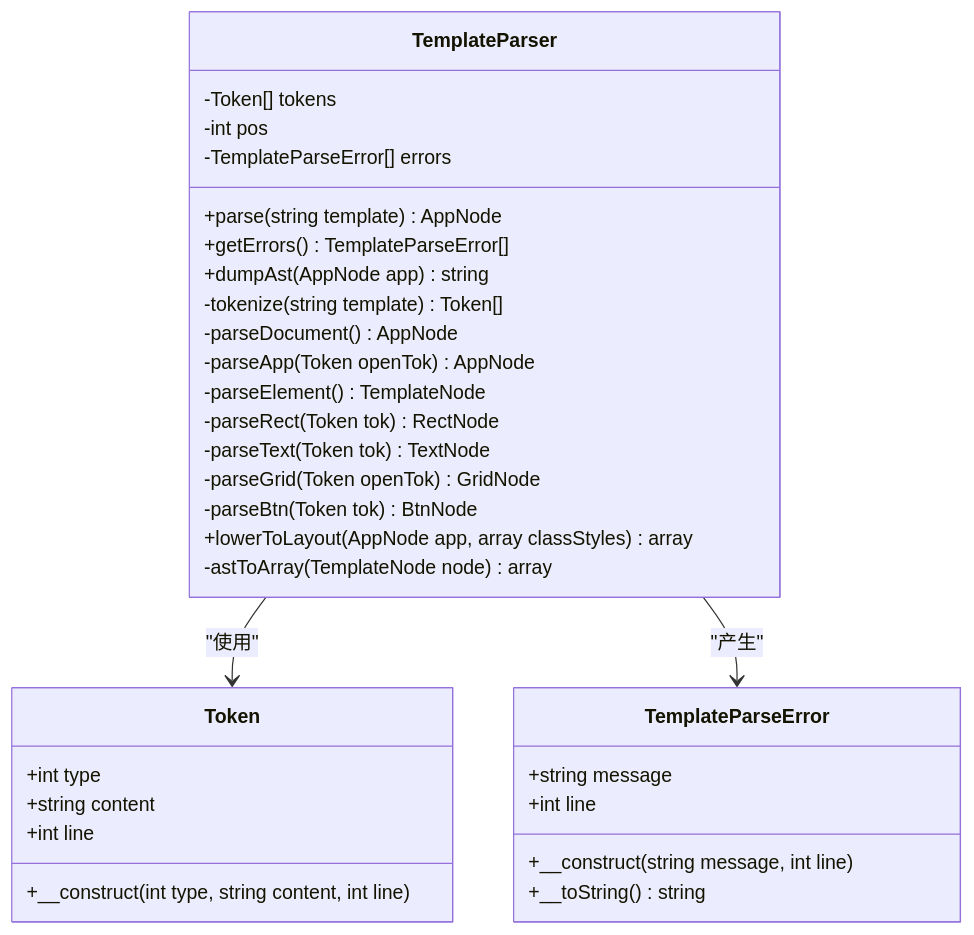
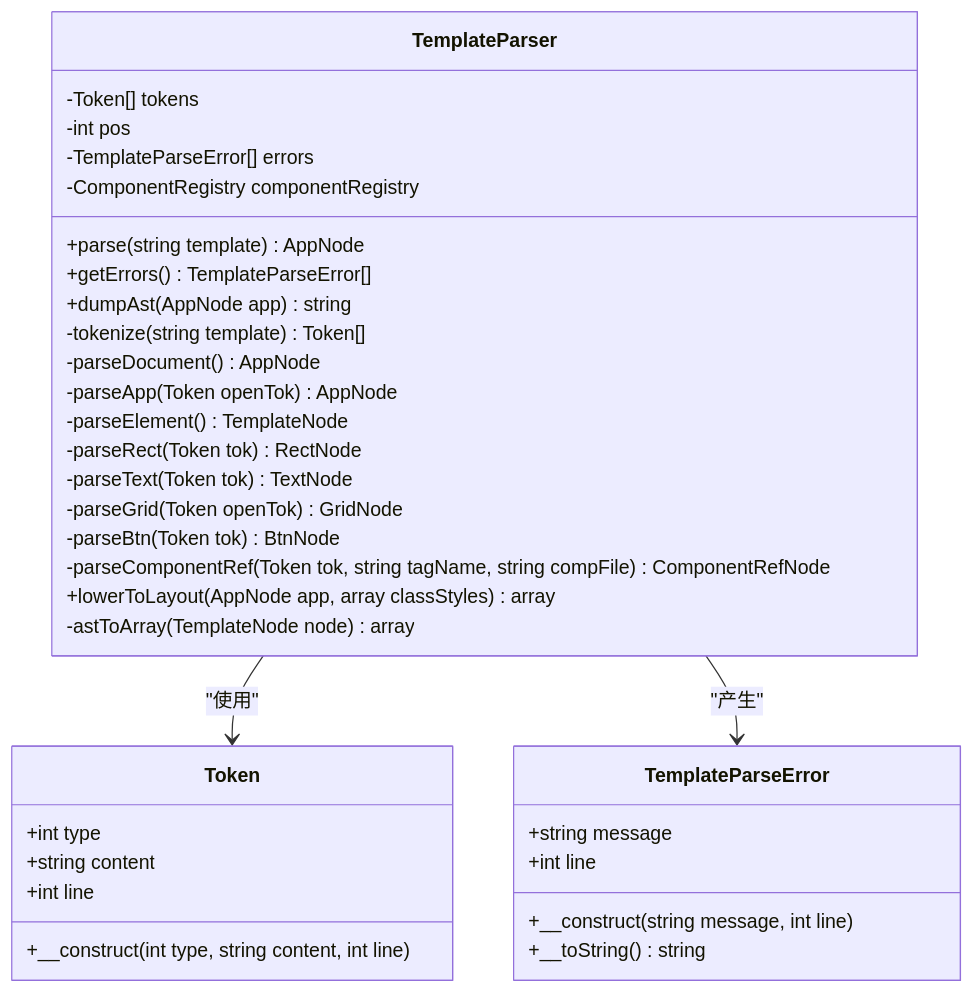
One commit to xingye00186/PHP-Data-UI-Framework-powered-by-swooleAOT changed the fourth of 7 diagrams in .qoder/repowiki/zh/content/SFC编译器系统/AST节点定义.md. Above: the diagram before and after it, drawn with Mermaid. The commit also changed other lines of this file and 37 other files, not shown here.

````diff
--- a/.qoder/repowiki/zh/content/SFC编译器系统/AST节点定义.md
+++ b/.qoder/repowiki/zh/content/SFC编译器系统/AST节点定义.md
@@ -260,35 +307,37 @@
 ```mermaid
 classDiagram
 class TemplateParser {
 -Token[] tokens
 -int pos
 -TemplateParseError[] errors
+-ComponentRegistry componentRegistry
 +parse(string template) AppNode
 +getErrors() TemplateParseError[]
 +dumpAst(AppNode app) string
 -tokenize(string template) Token[]
 -parseDocument() AppNode
 -parseApp(Token openTok) AppNode
 -parseElement() TemplateNode
 -parseRect(Token tok) RectNode
 -parseText(Token tok) TextNode
 -parseGrid(Token openTok) GridNode
 -parseBtn(Token tok) BtnNode
+-parseComponentRef(Token tok, string tagName, string compFile) ComponentRefNode
 +lowerToLayout(AppNode app, array classStyles) array
 -astToArray(TemplateNode node) array
 }
 class Token {
 +int type
 +string content
 +int line
 +__construct(int type, string content, int line)
 }
 class TemplateParseError {
 +string message
 +int line
 +__construct(string message, int line)
 +__toString() string
 }
 TemplateParser --> Token : "使用"
 TemplateParser --> TemplateParseError : "产生"
 ```
````
